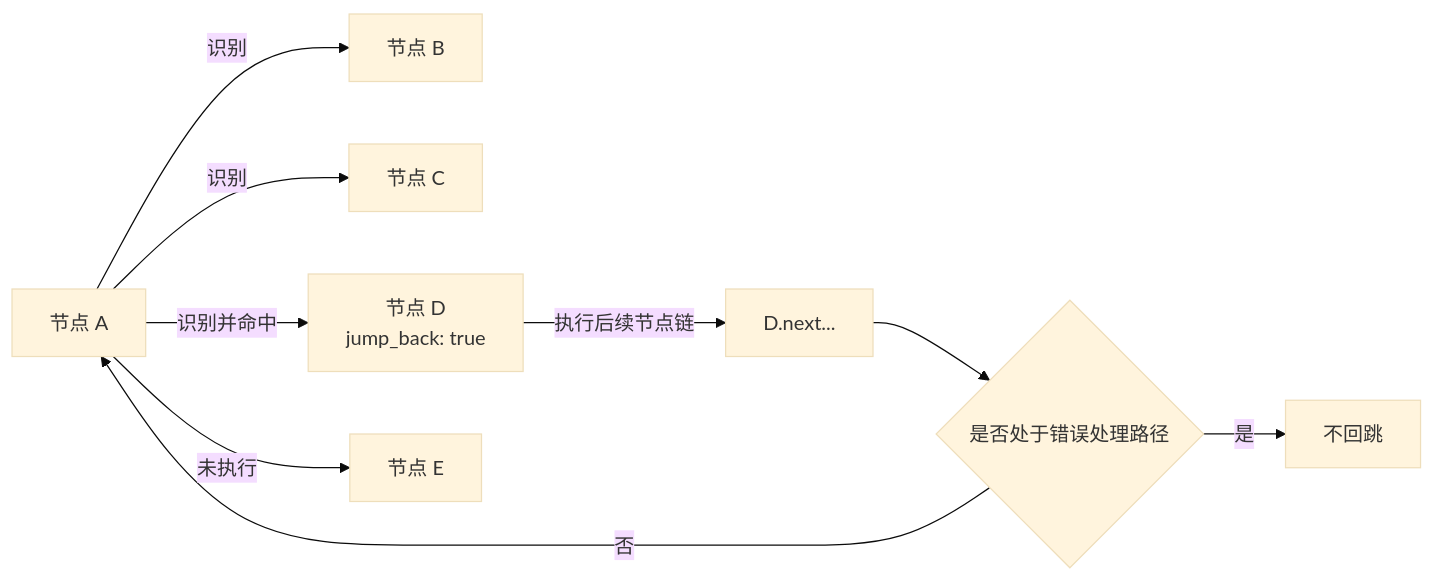
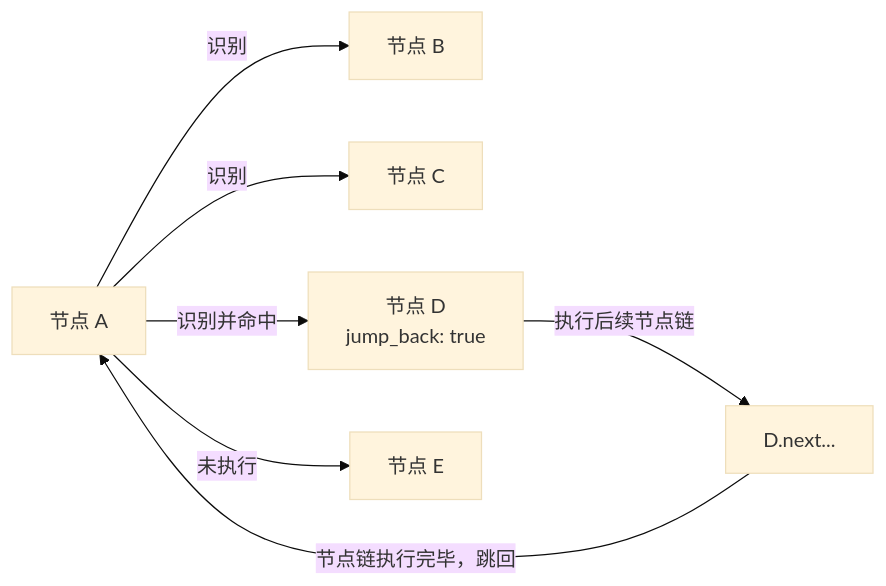
The fourth of 4 diagrams in docs/zh_cn/3.1-任务流水线协议.md (MaaXYZ/MaaFramework), drawn with Mermaid (base theme) before and after one commit. The commit also changed other lines of this file and 1 other file, not shown here.

````diff
--- a/docs/zh_cn/3.1-任务流水线协议.md
+++ b/docs/zh_cn/3.1-任务流水线协议.md
@@ -1464,11 +1424,9 @@
 ```mermaid
 graph LR
     A[节点 A] -->|识别| B[节点 B]
     A -->|识别| C[节点 C]
     A -->|识别并命中| D[节点 D<br/>jump_back: true]
     A -->|未执行| E[节点 E]
     D -->|执行后续节点链| F[D.next...]
-    F --> G{是否处于错误处理路径}
-    G -->|否| A
-    G -->|是| H[不回跳]
+    F -->|节点链执行完毕，跳回| A
 ```
````
